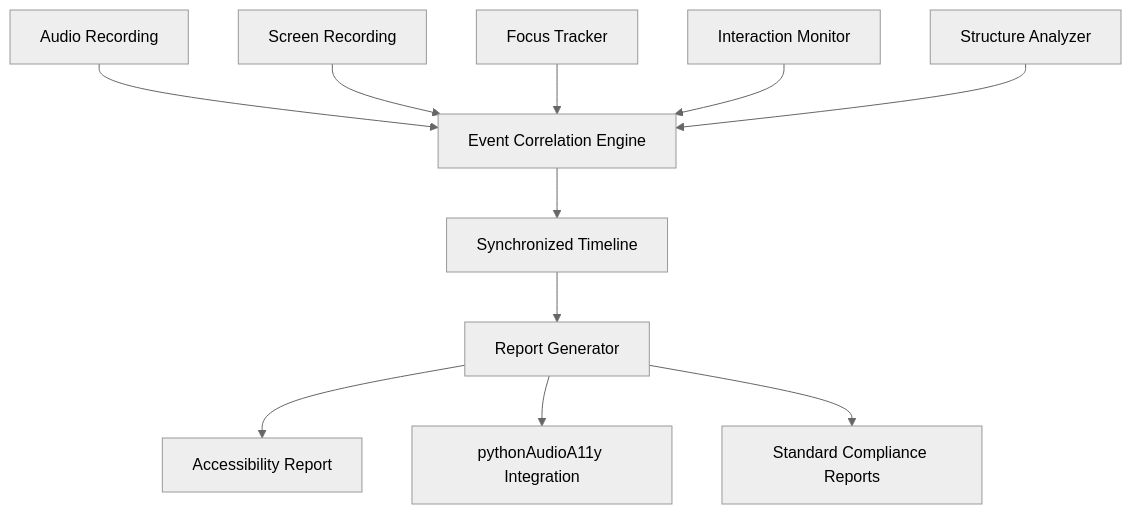
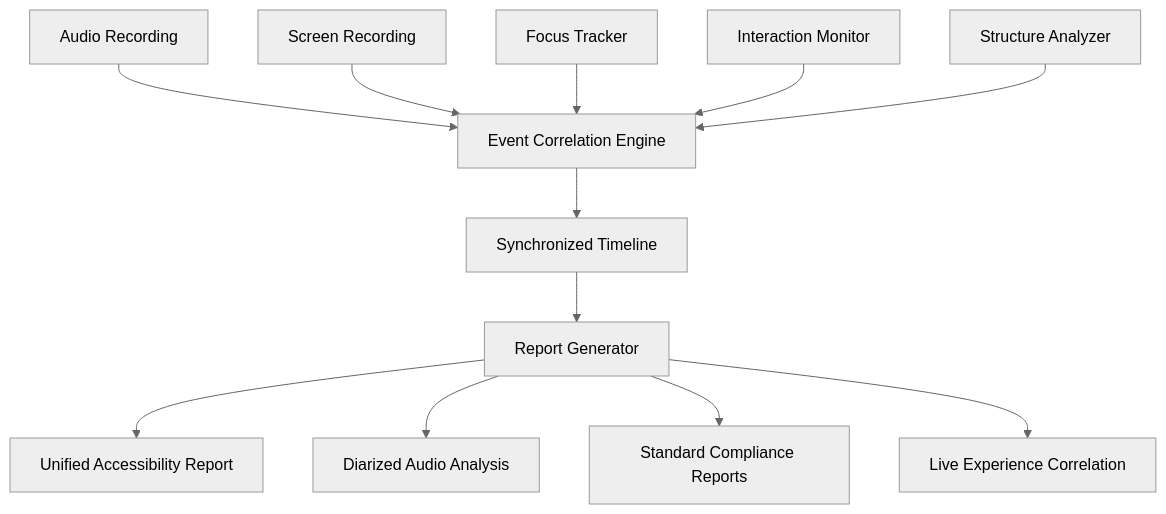
Before and after one commit to bobdodd/trackerA11y: the diagram in docs/implementation-guide.md, drawn with Mermaid (neutral theme). The commit also changed other lines of this file and 3 other files, not shown here.

First line of the commit message:
Update documentation to reflect unified TrackerA11y architecture with integrated audio analysis

````diff
--- a/docs/implementation-guide.md
+++ b/docs/implementation-guide.md
@@ -46,15 +49,16 @@
 ```mermaid
 graph TB
     A[Audio Recording] --> E[Event Correlation Engine]
     B[Screen Recording] --> E
     C[Focus Tracker] --> E
     D[Interaction Monitor] --> E
     F[Structure Analyzer] --> E
     
     E --> G[Synchronized Timeline]
     G --> H[Report Generator]
     
-    H --> I[Accessibility Report]
-    H --> J[pythonAudioA11y Integration]
+    H --> I[Unified Accessibility Report]
+    H --> J[Diarized Audio Analysis]
     H --> K[Standard Compliance Reports]
+    H --> L[Live Experience Correlation]
 ```
````
